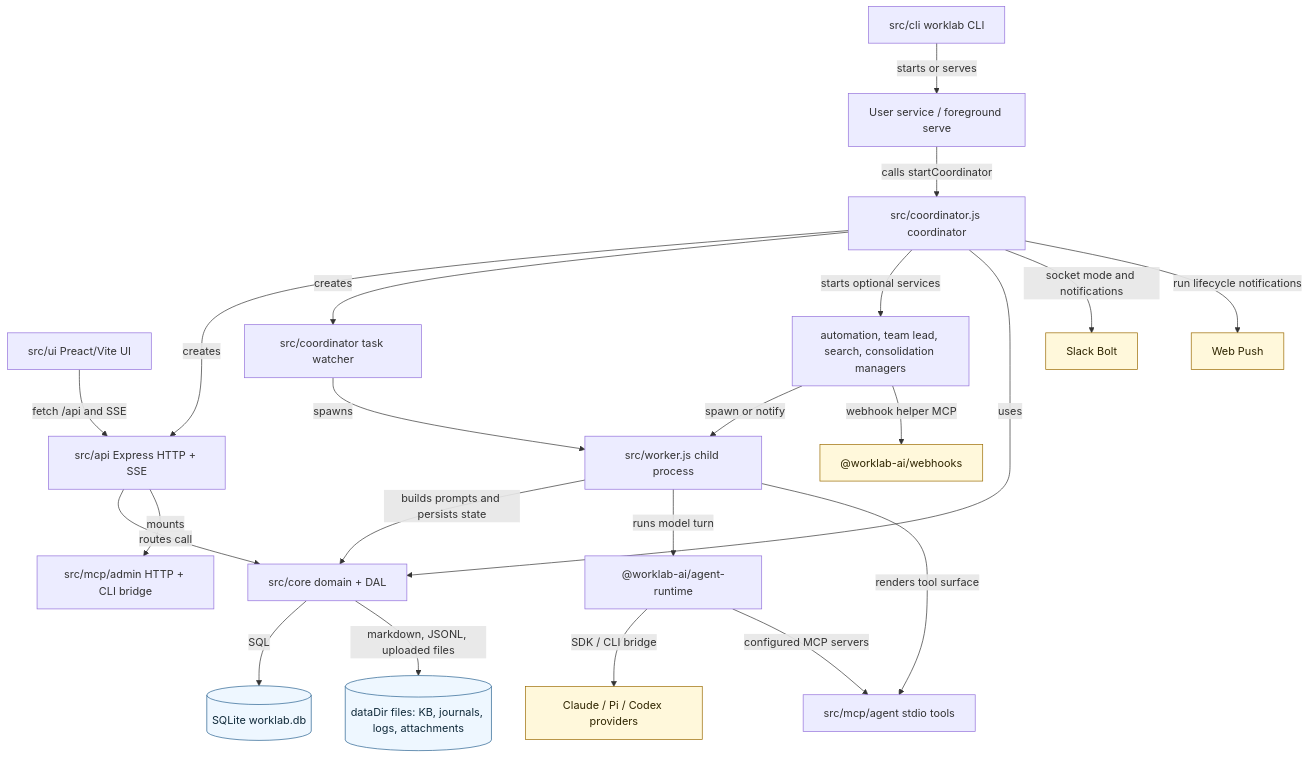
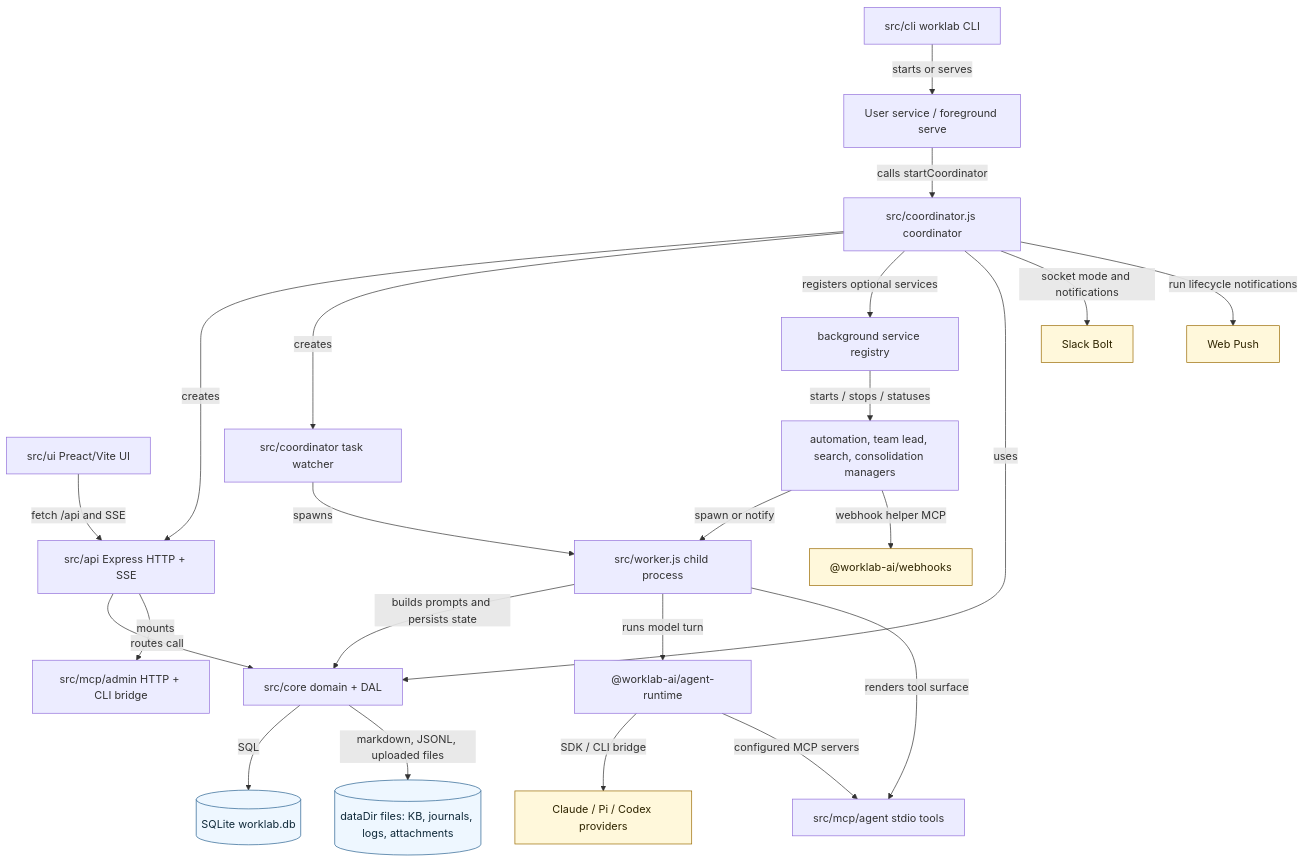
One commit to robertsreberski/worklab changed the first of 11 diagrams in docs/ARCHITECTURE.md. Above: the diagram before and after it, drawn with Mermaid. The commit also changed other lines of this file and 17 other files, not shown here.

````diff
--- a/docs/ARCHITECTURE.md
+++ b/docs/ARCHITECTURE.md
@@ -13,48 +13,50 @@
 ```mermaid
 flowchart TD
   CLI["src/cli worklab CLI"]
   Service["User service / foreground serve"]
   Coordinator["src/coordinator.js coordinator"]
   API["src/api Express HTTP + SSE"]
   UI["src/ui Preact/Vite UI"]
   Core["src/core domain + DAL"]
   DB[("SQLite worklab.db")]
   DataFiles[("dataDir files: KB, journals, logs, attachments")]
   Watcher["src/coordinator task watcher"]
+  ServiceRegistry["background service registry"]
   Managers["automation, team lead, search, consolidation managers"]
   Worker["src/worker.js child process"]
   Runtime["@worklab-ai/agent-runtime"]
   AgentMCP["src/mcp/agent stdio tools"]
   AdminMCP["src/mcp/admin HTTP + CLI bridge"]
   Webhooks["@worklab-ai/webhooks"]
   Slack["Slack Bolt"]
   Push["Web Push"]
   Providers["Claude / Pi / Codex providers"]
 
   CLI -->|"starts or serves"| Service
   Service -->|"calls startCoordinator"| Coordinator
   Coordinator -->|"creates"| API
   Coordinator -->|"creates"| Watcher
-  Coordinator -->|"starts optional services"| Managers
+  Coordinator -->|"registers optional services"| ServiceRegistry
+  ServiceRegistry -->|"starts / stops / statuses"| Managers
   Coordinator -->|"uses"| Core
   API -->|"routes call"| Core
   API -->|"mounts"| AdminMCP
   UI -->|"fetch /api and SSE"| API
   Watcher -->|"spawns"| Worker
   Managers -->|"spawn or notify"| Worker
   Worker -->|"builds prompts and persists state"| Core
   Worker -->|"runs model turn"| Runtime
   Worker -->|"renders tool surface"| AgentMCP
   Core -->|"SQL"| DB
   Core -->|"markdown, JSONL, uploaded files"| DataFiles
   Runtime -->|"SDK / CLI bridge"| Providers
   Runtime -->|"configured MCP servers"| AgentMCP
   Managers -->|"webhook helper MCP"| Webhooks
   Coordinator -->|"socket mode and notifications"| Slack
   Coordinator -->|"run lifecycle notifications"| Push
 
   classDef external fill:#fff8db,stroke:#9a6a00,color:#2f2500
   classDef store fill:#eef7ff,stroke:#27618f,color:#102a3a
   class DB,DataFiles store
   class Slack,Push,Providers,Webhooks external
 ```
````
